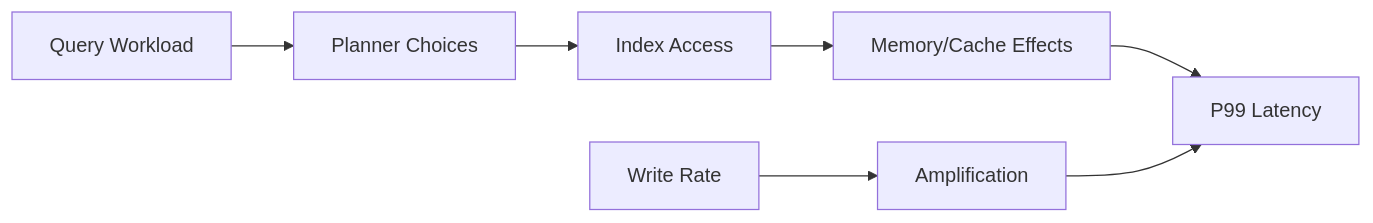
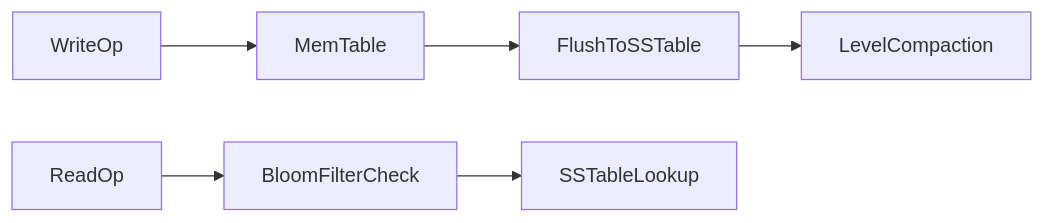
The second of 3 diagrams in database/database-masterclass/02-relational-engines/04-index-internals-and-memory-layouts.md (GabrielAlmeidaFlores/Senior-Software-Architect), drawn with Mermaid before and after one commit. The commit also changed other lines of this file and 19 other files, not shown here.

````diff
--- a/database/database-masterclass/02-relational-engines/04-index-internals-and-memory-layouts.md
+++ b/database/database-masterclass/02-relational-engines/04-index-internals-and-memory-layouts.md
@@ -123,9 +54,8 @@
 ```mermaid
 flowchart LR
-    Q[Query Workload] --> P[Planner Choices]
-    P --> I[Index Access]
-    I --> M[Memory/Cache Effects]
-    M --> L[P99 Latency]
-    W[Write Rate] --> A[Amplification]
-    A --> L
+    write[WriteOp] --> memtable[MemTable]
+    memtable --> flush[FlushToSSTable]
+    flush --> compaction[LevelCompaction]
+    read[ReadOp] --> bloom[BloomFilterCheck]
+    bloom --> sstable[SSTableLookup]
 ```
````
